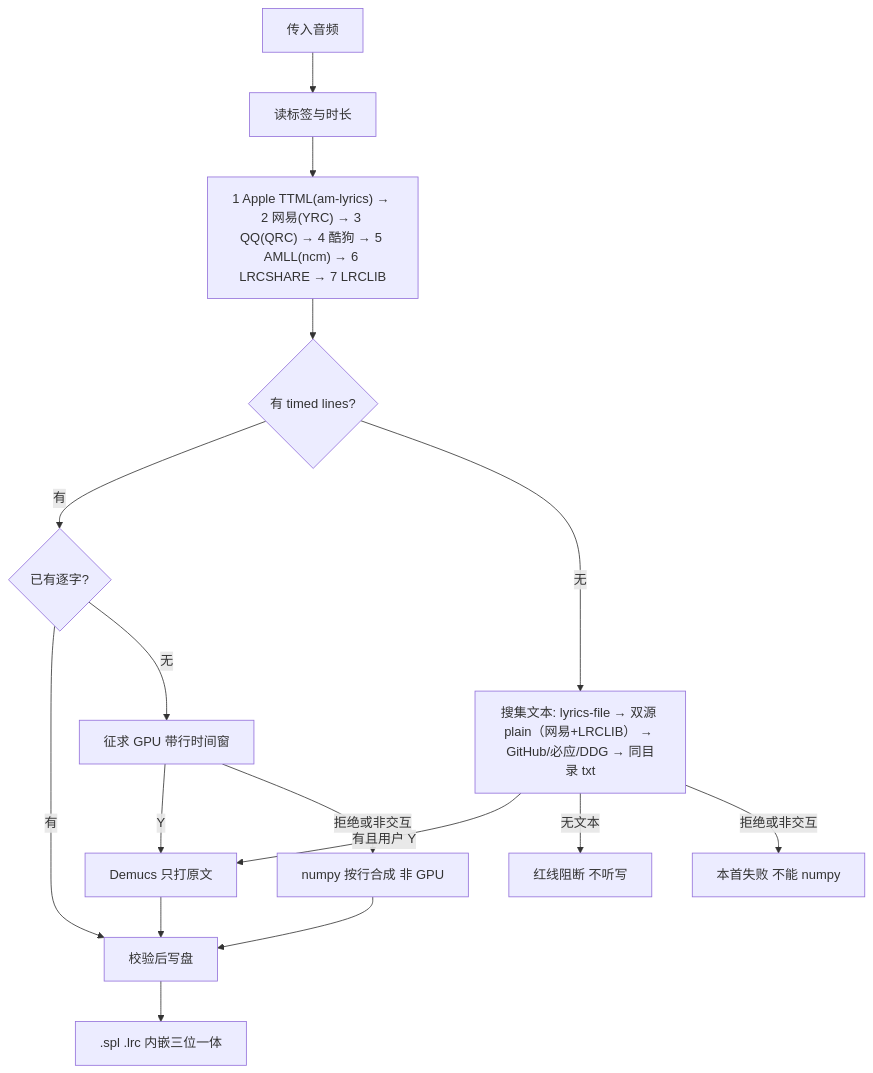
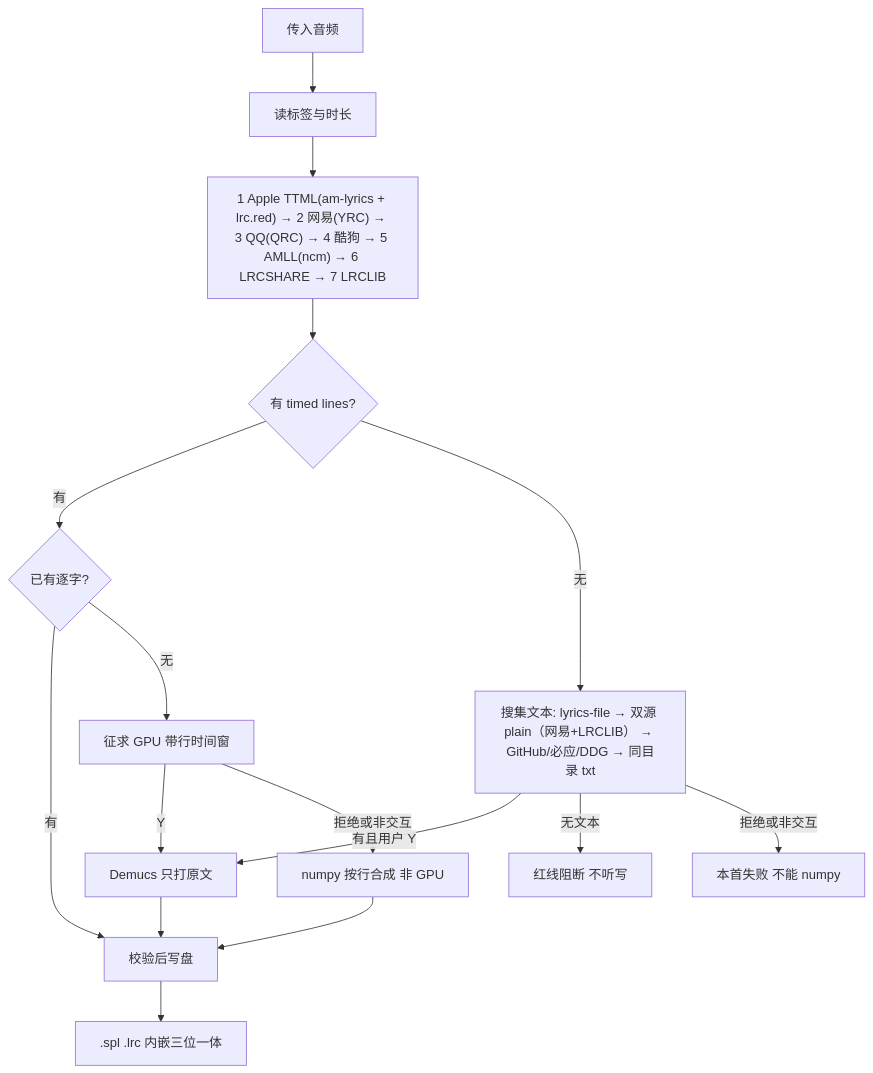
Before and after one commit to sxsxhhi/music-tag-lyrics: the diagram in SKILL.md, drawn with Mermaid. The commit also changed other lines of this file, not shown here.

````diff
--- a/SKILL.md
+++ b/SKILL.md
@@ -16,18 +16,18 @@
 ```mermaid
 flowchart TD
   Start[传入音频] --> Read[读标签与时长]
-  Read --> Ladder["1 Apple TTML(am-lyrics) → 2 网易(YRC) → 3 QQ(QRC) → 4 酷狗 → 5 AMLL(ncm) → 6 LRCSHARE → 7 LRCLIB"]
+  Read --> Ladder["1 Apple TTML(am-lyrics + lrc.red) → 2 网易(YRC) → 3 QQ(QRC) → 4 酷狗 → 5 AMLL(ncm) → 6 LRCSHARE → 7 LRCLIB"]
   Ladder --> HasLines{有 timed lines?}
   HasLines -->|有| Words{已有逐字?}
   Words -->|有| Valid[校验后写盘]
   Words -->|无| AskLine[征求 GPU 带行时间窗]
   AskLine -->|Y| GPU[Demucs 只打原文]
   AskLine -->|拒绝或非交互| Synth[numpy 按行合成 非 GPU]
   HasLines -->|无| Text["搜集文本: lyrics-file → 双源 plain（网易+LRCLIB） → GitHub/必应/DDG → 同目录 txt"]
   Text -->|有且用户 Y| GPU
   Text -->|无文本| Block[红线阻断 不听写]
   Text -->|拒绝或非交互| Fail[本首失败 不能 numpy]
   GPU --> Valid
   Synth --> Valid
   Valid --> Out[".spl .lrc 内嵌三位一体"]
 ```
````
